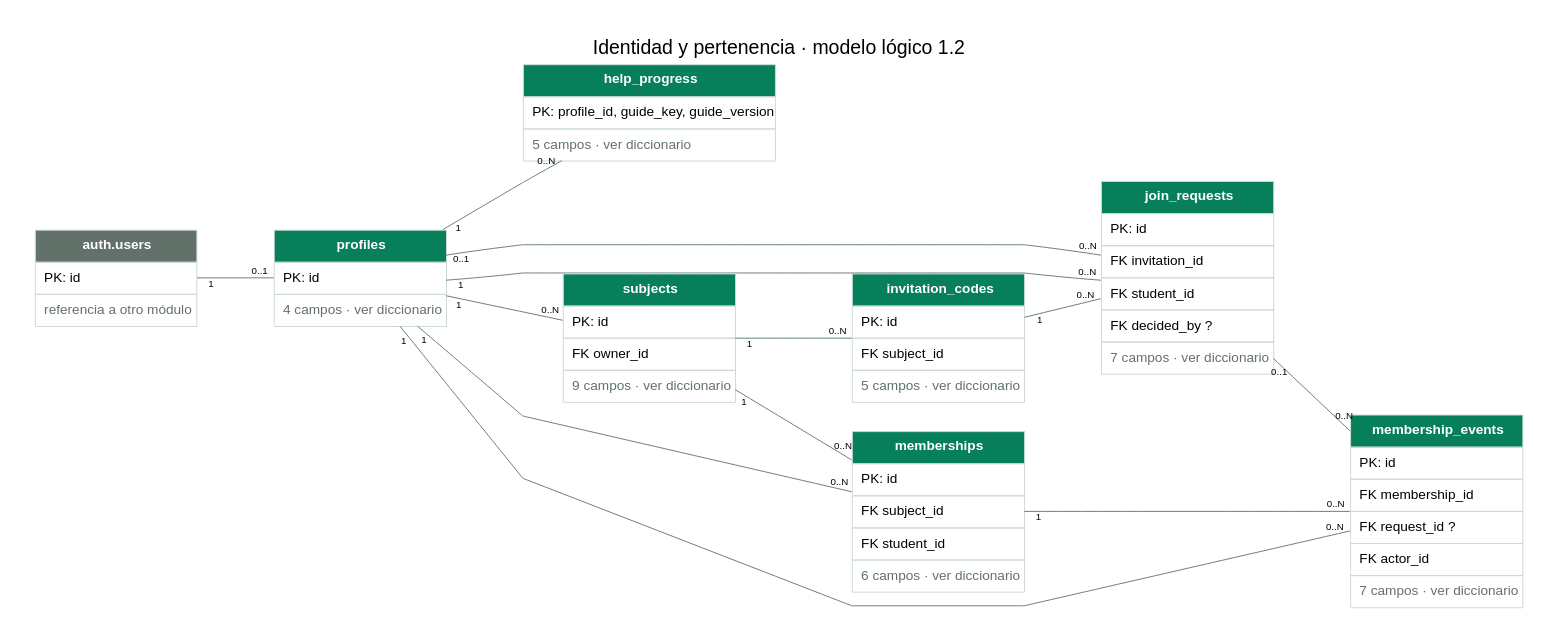
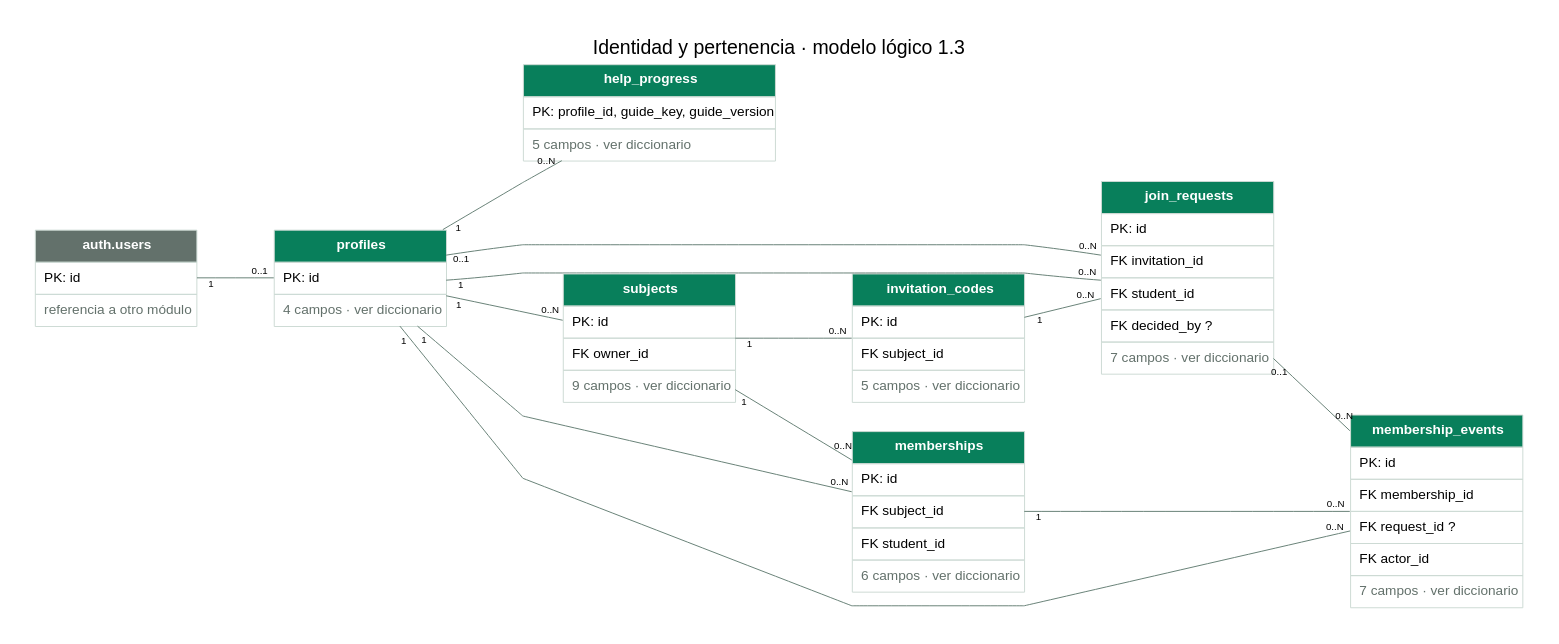
One commit to CubeFreaKLab/aulify changed the diagram in docs/modelado/diagramas/01-identidad.dot. Above: the diagram before and after it, drawn with Graphviz. The commit also changed 42 other files, not shown here.

```diff
--- a/docs/modelado/diagramas/01-identidad.dot
+++ b/docs/modelado/diagramas/01-identidad.dot
@@ -1,25 +1,25 @@
 digraph modelo {
-graph [rankdir=LR, bgcolor="#ffffff", pad=0.4, nodesep=0.4, ranksep=1.1, splines=polyline, fontname="Arial", fontsize=20, labelloc=t, label="Identidad y pertenencia · modelo lógico 1.2"];
+graph [rankdir=LR, bgcolor="#ffffff", pad=0.4, nodesep=0.4, ranksep=1.1, splines=polyline, fontname="Arial", fontsize=20, labelloc=t, label="Identidad y pertenencia · modelo lógico 1.3"];
 node [shape=plain, fontname="Arial"];
 edge [fontname="Arial", fontsize=10, color="#668076", arrowsize=0.6];
 "auth.users" [label=<<TABLE BORDER="0" CELLBORDER="1" CELLSPACING="0" CELLPADDING="8" COLOR="#CDDAD4"><TR><TD BGCOLOR="#63716B"><FONT COLOR="white"><B>auth.users</B></FONT></TD></TR><TR><TD ALIGN="LEFT">PK: id</TD></TR><TR><TD><FONT COLOR="#63716B">referencia a otro módulo</FONT></TD></TR></TABLE>>];
 "help_progress" [label=<<TABLE BORDER="0" CELLBORDER="1" CELLSPACING="0" CELLPADDING="8" COLOR="#CDDAD4"><TR><TD BGCOLOR="#087F5B"><FONT COLOR="white"><B>help_progress</B></FONT></TD></TR><TR><TD ALIGN="LEFT">PK: profile_id, guide_key, guide_version</TD></TR><TR><TD ALIGN="LEFT"><FONT COLOR="#63716B">5 campos · ver diccionario</FONT></TD></TR></TABLE>>];
 "invitation_codes" [label=<<TABLE BORDER="0" CELLBORDER="1" CELLSPACING="0" CELLPADDING="8" COLOR="#CDDAD4"><TR><TD BGCOLOR="#087F5B"><FONT COLOR="white"><B>invitation_codes</B></FONT></TD></TR><TR><TD ALIGN="LEFT">PK: id</TD></TR><TR><TD ALIGN="LEFT">FK subject_id</TD></TR><TR><TD ALIGN="LEFT"><FONT COLOR="#63716B">5 campos · ver diccionario</FONT></TD></TR></TABLE>>];
 "join_requests" [label=<<TABLE BORDER="0" CELLBORDER="1" CELLSPACING="0" CELLPADDING="8" COLOR="#CDDAD4"><TR><TD BGCOLOR="#087F5B"><FONT COLOR="white"><B>join_requests</B></FONT></TD></TR><TR><TD ALIGN="LEFT">PK: id</TD></TR><TR><TD ALIGN="LEFT">FK invitation_id</TD></TR><TR><TD ALIGN="LEFT">FK student_id</TD></TR><TR><TD ALIGN="LEFT">FK decided_by ?</TD></TR><TR><TD ALIGN="LEFT"><FONT COLOR="#63716B">7 campos · ver diccionario</FONT></TD></TR></TABLE>>];
 "membership_events" [label=<<TABLE BORDER="0" CELLBORDER="1" CELLSPACING="0" CELLPADDING="8" COLOR="#CDDAD4"><TR><TD BGCOLOR="#087F5B"><FONT COLOR="white"><B>membership_events</B></FONT></TD></TR><TR><TD ALIGN="LEFT">PK: id</TD></TR><TR><TD ALIGN="LEFT">FK membership_id</TD></TR><TR><TD ALIGN="LEFT">FK request_id ?</TD></TR><TR><TD ALIGN="LEFT">FK actor_id</TD></TR><TR><TD ALIGN="LEFT"><FONT COLOR="#63716B">7 campos · ver diccionario</FONT></TD></TR></TABLE>>];
 "memberships" [label=<<TABLE BORDER="0" CELLBORDER="1" CELLSPACING="0" CELLPADDING="8" COLOR="#CDDAD4"><TR><TD BGCOLOR="#087F5B"><FONT COLOR="white"><B>memberships</B></FONT></TD></TR><TR><TD ALIGN="LEFT">PK: id</TD></TR><TR><TD ALIGN="LEFT">FK subject_id</TD></TR><TR><TD ALIGN="LEFT">FK student_id</TD></TR><TR><TD ALIGN="LEFT"><FONT COLOR="#63716B">6 campos · ver diccionario</FONT></TD></TR></TABLE>>];
 "profiles" [label=<<TABLE BORDER="0" CELLBORDER="1" CELLSPACING="0" CELLPADDING="8" COLOR="#CDDAD4"><TR><TD BGCOLOR="#087F5B"><FONT COLOR="white"><B>profiles</B></FONT></TD></TR><TR><TD ALIGN="LEFT">PK: id</TD></TR><TR><TD ALIGN="LEFT"><FONT COLOR="#63716B">4 campos · ver diccionario</FONT></TD></TR></TABLE>>];
 "subjects" [label=<<TABLE BORDER="0" CELLBORDER="1" CELLSPACING="0" CELLPADDING="8" COLOR="#CDDAD4"><TR><TD BGCOLOR="#087F5B"><FONT COLOR="white"><B>subjects</B></FONT></TD></TR><TR><TD ALIGN="LEFT">PK: id</TD></TR><TR><TD ALIGN="LEFT">FK owner_id</TD></TR><TR><TD ALIGN="LEFT"><FONT COLOR="#63716B">9 campos · ver diccionario</FONT></TD></TR></TABLE>>];
 "auth.users" -> "profiles" [dir=none, taillabel="1", headlabel="0..1", labeldistance=1.6];
 "profiles" -> "subjects" [dir=none, taillabel="1", headlabel="0..N", labeldistance=1.6];
 "subjects" -> "invitation_codes" [dir=none, taillabel="1", headlabel="0..N", labeldistance=1.6];
 "invitation_codes" -> "join_requests" [dir=none, taillabel="1", headlabel="0..N", labeldistance=1.6];
 "profiles" -> "join_requests" [dir=none, taillabel="1", headlabel="0..N", labeldistance=1.6];
 "profiles" -> "join_requests" [dir=none, taillabel="0..1", headlabel="0..N", labeldistance=1.6];
 "subjects" -> "memberships" [dir=none, taillabel="1", headlabel="0..N", labeldistance=1.6];
 "profiles" -> "memberships" [dir=none, taillabel="1", headlabel="0..N", labeldistance=1.6];
 "memberships" -> "membership_events" [dir=none, taillabel="1", headlabel="0..N", labeldistance=1.6];
 "join_requests" -> "membership_events" [dir=none, taillabel="0..1", headlabel="0..N", labeldistance=1.6];
 "profiles" -> "membership_events" [dir=none, taillabel="1", headlabel="0..N", labeldistance=1.6];
 "profiles" -> "help_progress" [dir=none, taillabel="1", headlabel="0..N", labeldistance=1.6];
 }
```
